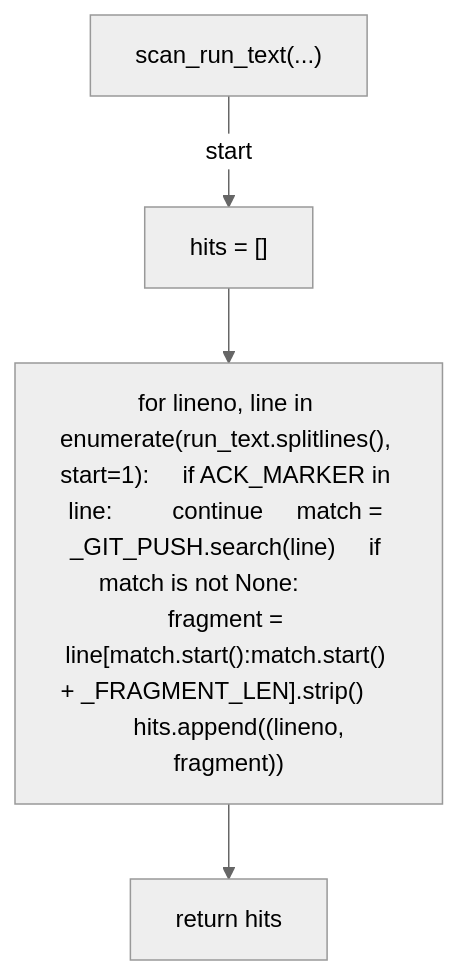
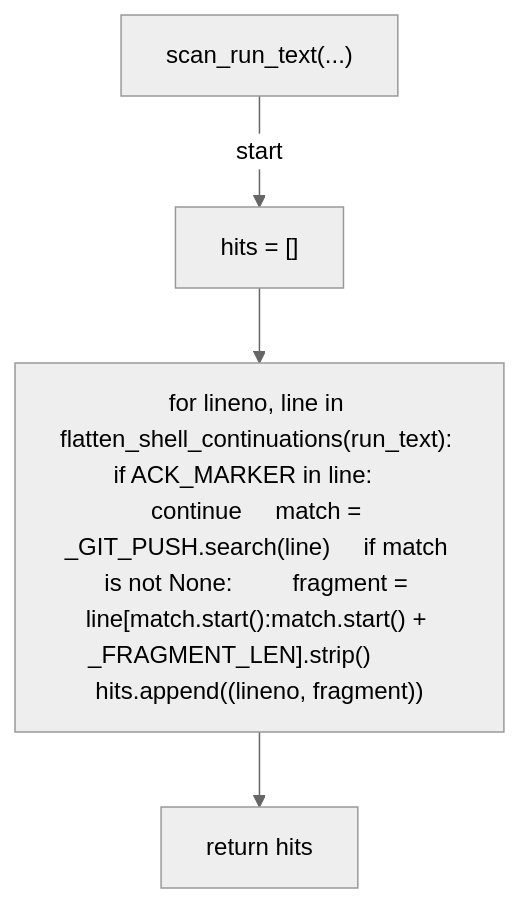
The third of 6 diagrams in docs/generated/scripts/ast/scan_workflow_unsigned_commit.md (tvna/claude-md), drawn with Mermaid (neutral theme) before and after one commit. The commit also changed 7 other files, not shown here.

First line of the commit message:
docs(generated): regenerate decision tree and workflow diagrams

````diff
--- a/docs/generated/scripts/ast/scan_workflow_unsigned_commit.md
+++ b/docs/generated/scripts/ast/scan_workflow_unsigned_commit.md
@@ -35,10 +35,10 @@
 ```mermaid
 flowchart TD
     N001["scan_run_text(...)"]
     N002["hits = []"]
-    N003["for lineno, line in enumerate(run_text.splitlines(), start=1):     if ACK_MARKER in line:         continue     match = _GIT_PUSH.search(line)     if match is not None:         fragment = line[match.start():match.start() + _FRAGMENT_LEN].strip()         hits.append((lineno, fragment))"]
+    N003["for lineno, line in flatten_shell_continuations(run_text):     if ACK_MARKER in line:         continue     match = _GIT_PUSH.search(line)     if match is not None:         fragment = line[match.start():match.start() + _FRAGMENT_LEN].strip()         hits.append((lineno, fragment))"]
     N004["return hits"]
     N001 -->|"start"| N002
     N002 --> N003
     N003 --> N004
 ```
````
